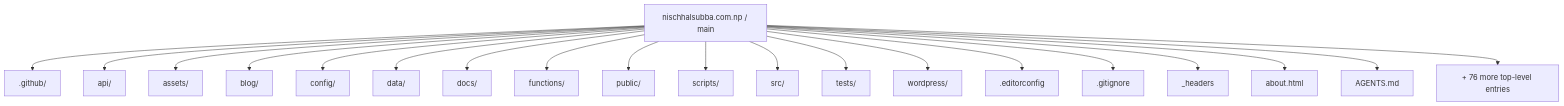
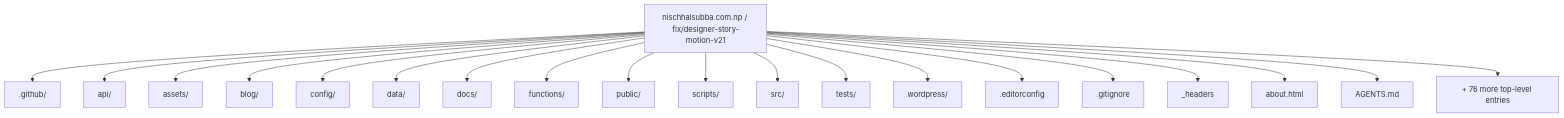
The first of 8 diagrams in README.md (Nischhalsubba/nischhalsubba.com.np), drawn with Mermaid before and after one commit. The commit also changed other lines of this file, not shown here.

Commit message:
docs: apply designer README standard

````diff
--- a/README.md
+++ b/README.md
@@ -58,23 +58,23 @@
 ```mermaid
 flowchart TD
-    ROOT["nischhalsubba.com.np / main"]
+    ROOT["nischhalsubba.com.np / fix/designer-story-motion-v21"]
     ROOT --> P0[".github/"]
     ROOT --> P1["api/"]
     ROOT --> P2["assets/"]
     ROOT --> P3["blog/"]
     ROOT --> P4["config/"]
     ROOT --> P5["data/"]
     ROOT --> P6["docs/"]
     ROOT --> P7["functions/"]
     ROOT --> P8["public/"]
     ROOT --> P9["scripts/"]
     ROOT --> P10["src/"]
     ROOT --> P11["tests/"]
     ROOT --> P12["wordpress/"]
     ROOT --> P13[".editorconfig"]
     ROOT --> P14[".gitignore"]
     ROOT --> P15["_headers"]
     ROOT --> P16["about.html"]
     ROOT --> P17["AGENTS.md"]
     ROOT --> MORE["+ 76 more top-level entries"]
 ```
````
